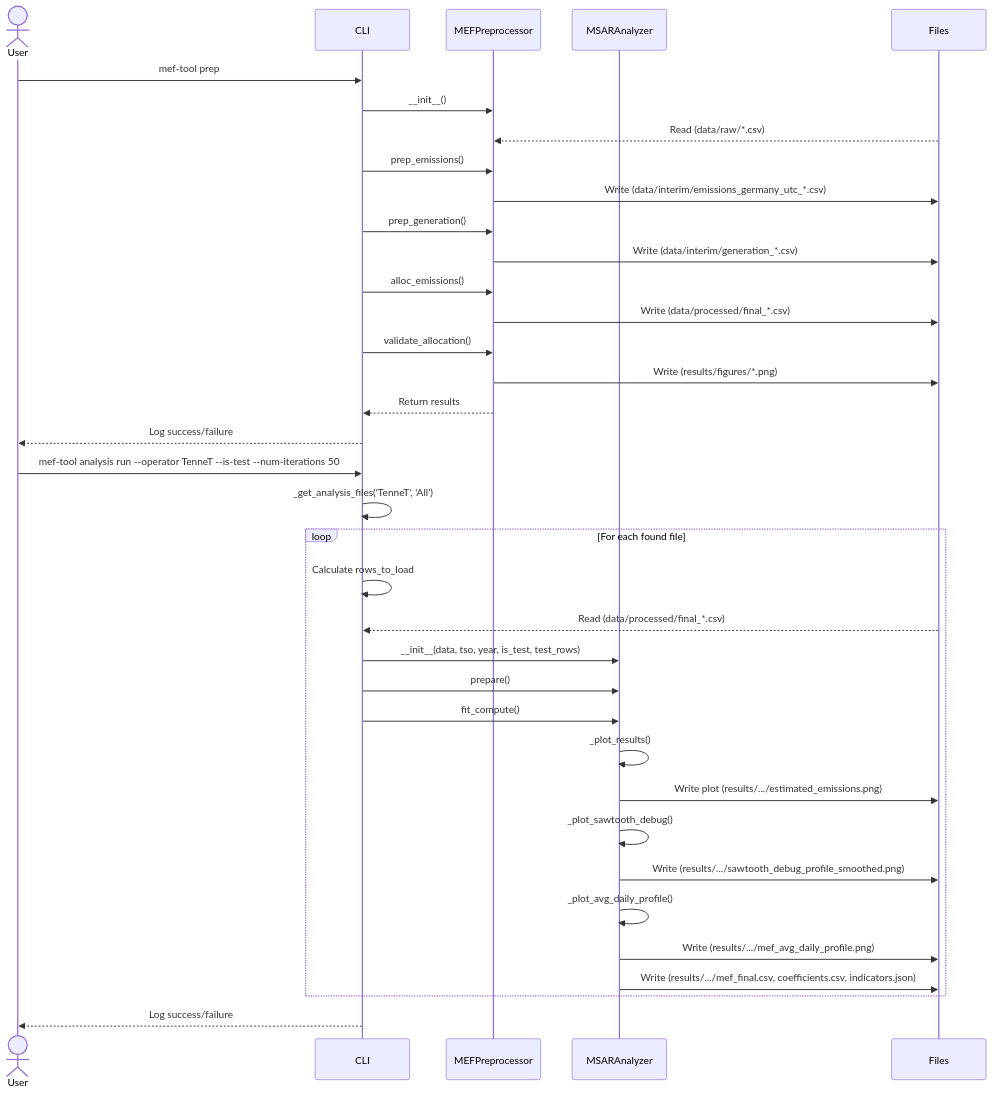
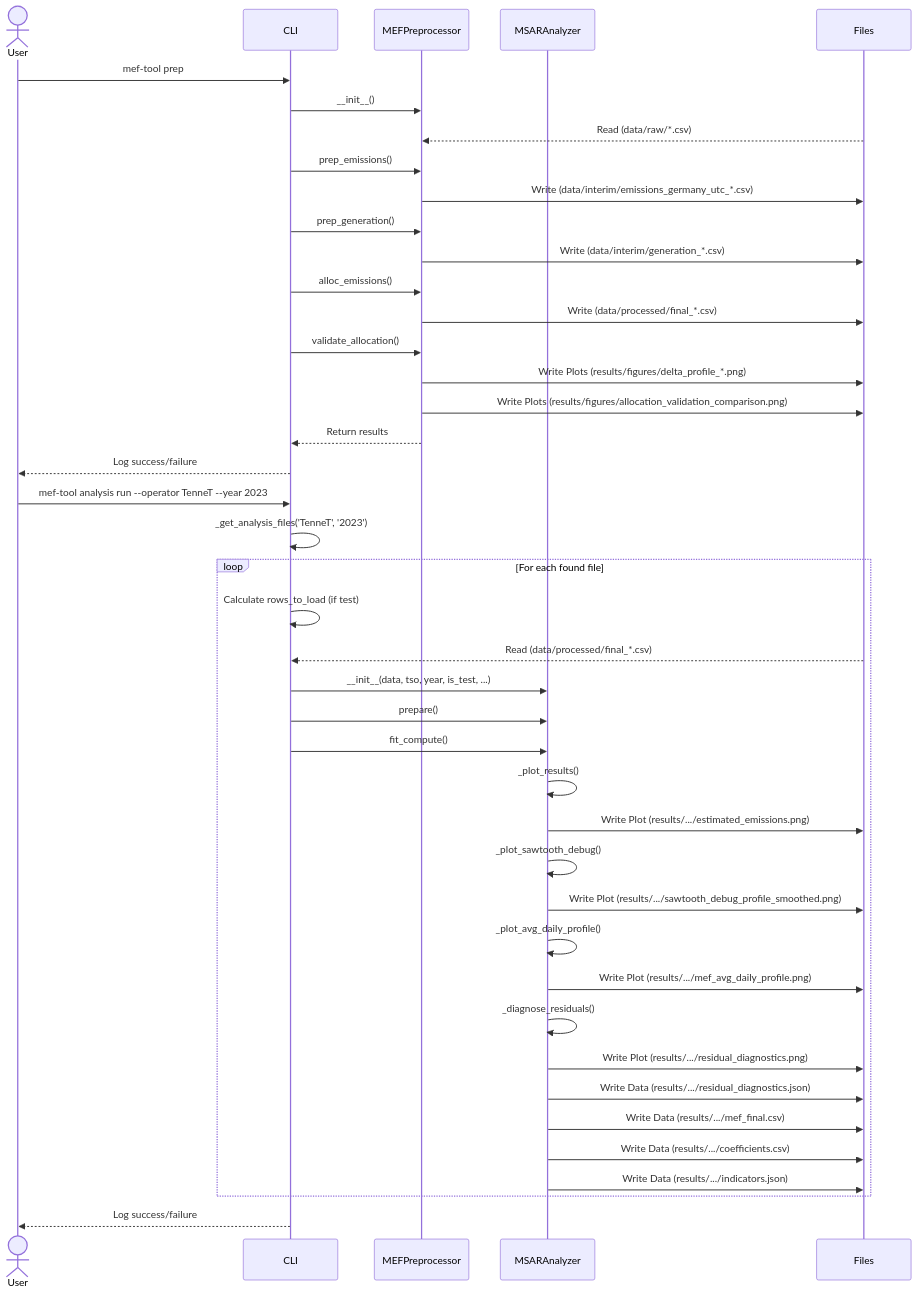
One commit to AK960/marginal-emissions-germany changed the diagram in README.md. Above: the diagram before and after it, drawn with Mermaid. The commit also changed other lines of this file and 29 other files, not shown here.

Commit message:
Residual analysis in msar + code cleanup

````diff
--- a/README.md
+++ b/README.md
@@ -48,51 +48,57 @@
 ```mermaid
 sequenceDiagram
     actor User
     participant CLI
     participant MEFPreprocessor
     participant MSARAnalyzer
     participant Files
 
     User->>CLI: mef-tool prep
     CLI->>MEFPreprocessor: __init__()
     
     Files-->>MEFPreprocessor: Read (data/raw/*.csv)
     
     CLI->>MEFPreprocessor: prep_emissions()
     MEFPreprocessor->>Files: Write (data/interim/emissions_germany_utc_*.csv)
     
     CLI->>MEFPreprocessor: prep_generation()
     MEFPreprocessor->>Files: Write (data/interim/generation_*.csv)
     
     CLI->>MEFPreprocessor: alloc_emissions()
     MEFPreprocessor->>Files: Write (data/processed/final_*.csv)
     
     CLI->>MEFPreprocessor: validate_allocation()
-    MEFPreprocessor->>Files: Write (results/figures/*.png)
+    MEFPreprocessor->>Files: Write Plots (results/figures/delta_profile_*.png)
+    MEFPreprocessor->>Files: Write Plots (results/figures/allocation_validation_comparison.png)
     MEFPreprocessor-->>CLI: Return results
     CLI-->>User: Log success/failure
 
-    User->>CLI: mef-tool analysis run --operator TenneT --is-test --num-iterations 50
-    CLI->>CLI: _get_analysis_files('TenneT', 'All')
+    User->>CLI: mef-tool analysis run --operator TenneT --year 2023
+    CLI->>CLI: _get_analysis_files('TenneT', '2023')
     
     loop For each found file
-        CLI->>CLI: Calculate rows_to_load
+        CLI->>CLI: Calculate rows_to_load (if test)
         Files-->>CLI: Read (data/processed/final_*.csv)
-        CLI->>MSARAnalyzer: __init__(data, tso, year, is_test, test_rows)
+        CLI->>MSARAnalyzer: __init__(data, tso, year, is_test, ...)
         CLI->>MSARAnalyzer: prepare()
         CLI->>MSARAnalyzer: fit_compute()
         
         MSARAnalyzer->>MSARAnalyzer: _plot_results()
-        MSARAnalyzer->>Files: Write plot (results/.../estimated_emissions.png)
+        MSARAnalyzer->>Files: Write Plot (results/.../estimated_emissions.png)
         
         MSARAnalyzer->>MSARAnalyzer: _plot_sawtooth_debug()
-        MSARAnalyzer->>Files: Write (results/.../sawtooth_debug_profile_smoothed.png)
+        MSARAnalyzer->>Files: Write Plot (results/.../sawtooth_debug_profile_smoothed.png)
 
         MSARAnalyzer->>MSARAnalyzer: _plot_avg_daily_profile()
-        MSARAnalyzer->>Files: Write (results/.../mef_avg_daily_profile.png)
+        MSARAnalyzer->>Files: Write Plot (results/.../mef_avg_daily_profile.png)
         
-        MSARAnalyzer->>Files: Write (results/.../mef_final.csv, coefficients.csv, indicators.json)
-        
+        MSARAnalyzer->>MSARAnalyzer: _diagnose_residuals()
+        MSARAnalyzer->>Files: Write Plot (results/.../residual_diagnostics.png)
+        MSARAnalyzer->>Files: Write Data (results/.../residual_diagnostics.json)
+
+        MSARAnalyzer->>Files: Write Data (results/.../mef_final.csv)
+        MSARAnalyzer->>Files: Write Data (results/.../coefficients.csv)
+        MSARAnalyzer->>Files: Write Data (results/.../indicators.json)
     end
     CLI-->>User: Log success/failure
 ```
````
